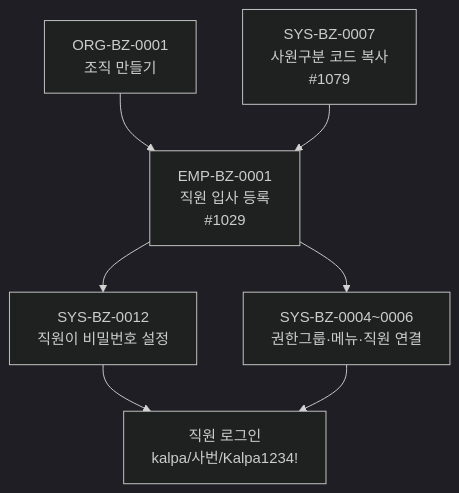
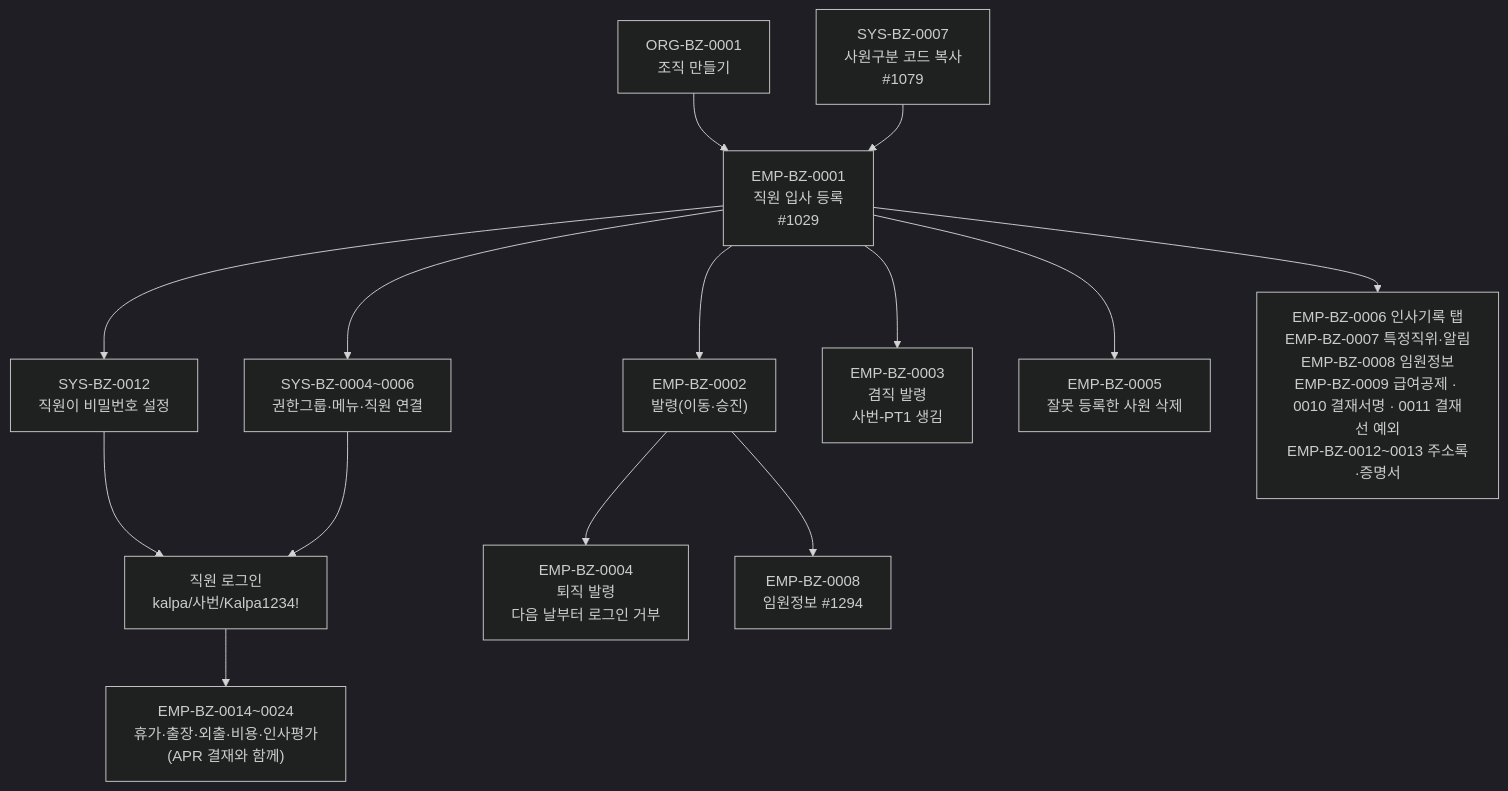
One commit to KimDoYoung/framework-sprt changed the diagram in AssetERP/docs/2-업무분석/biz-event/EMP/EMP-업무흐름.md. Above: the diagram before and after it, drawn with Mermaid (dark theme). The commit also changed other lines of this file and 18 other files, not shown here.

````diff
--- a/AssetERP/docs/2-업무분석/biz-event/EMP/EMP-업무흐름.md
+++ b/AssetERP/docs/2-업무분석/biz-event/EMP/EMP-업무흐름.md
@@ -5,13 +9,25 @@
 ```mermaid
 flowchart TD
     ORG["ORG-BZ-0001<br/>조직 만들기"]
     C["SYS-BZ-0007<br/>사원구분 코드 복사<br/>#1079"]
     E1["EMP-BZ-0001<br/>직원 입사 등록<br/>#1029"]
     P["SYS-BZ-0012<br/>직원이 비밀번호 설정"]
     R["SYS-BZ-0004~0006<br/>권한그룹·메뉴·직원 연결"]
     L["직원 로그인<br/>kalpa/사번/Kalpa1234!"]
+    E2["EMP-BZ-0002<br/>발령(이동·승진)"]
+    E3["EMP-BZ-0003<br/>겸직 발령<br/>사번-PT1 생김"]
+    E4["EMP-BZ-0004<br/>퇴직 발령<br/>다음 날부터 로그인 거부"]
+    E5["EMP-BZ-0005<br/>잘못 등록한 사원 삭제"]
+    E6["EMP-BZ-0006 인사기록 탭<br/>EMP-BZ-0007 특정직위·알림<br/>EMP-BZ-0008 임원정보<br/>EMP-BZ-0009 급여공제 · 0010 결재서명 · 0011 결재선 예외<br/>EMP-BZ-0012~0013 주소록·증명서"]
+    W["EMP-BZ-0014~0024<br/>휴가·출장·외출·비용·인사평가<br/>(APR 결재와 함께)"]
     ORG --> E1
     C --> E1
     E1 --> P --> L
     E1 --> R --> L
+    E1 --> E2 --> E4
+    E1 --> E3
+    E1 --> E5
+    E1 --> E6
+    E2 --> E8["EMP-BZ-0008<br/>임원정보 #1294"]
+    L --> W
 ```
````
